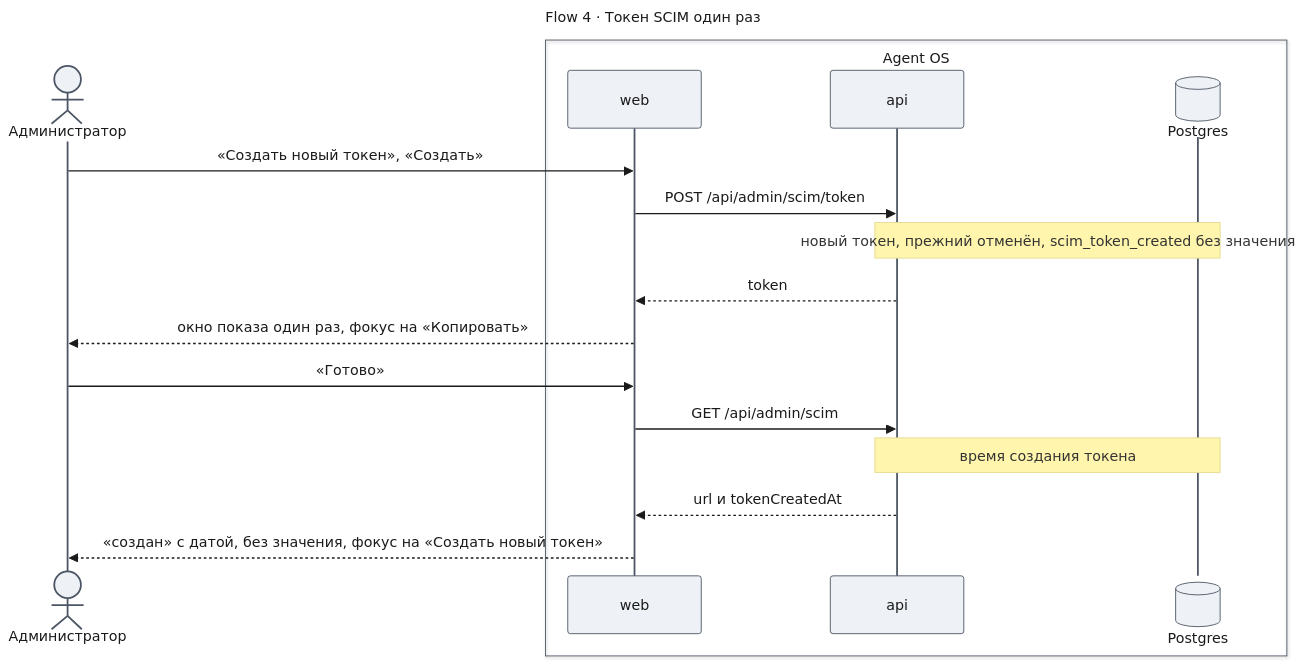
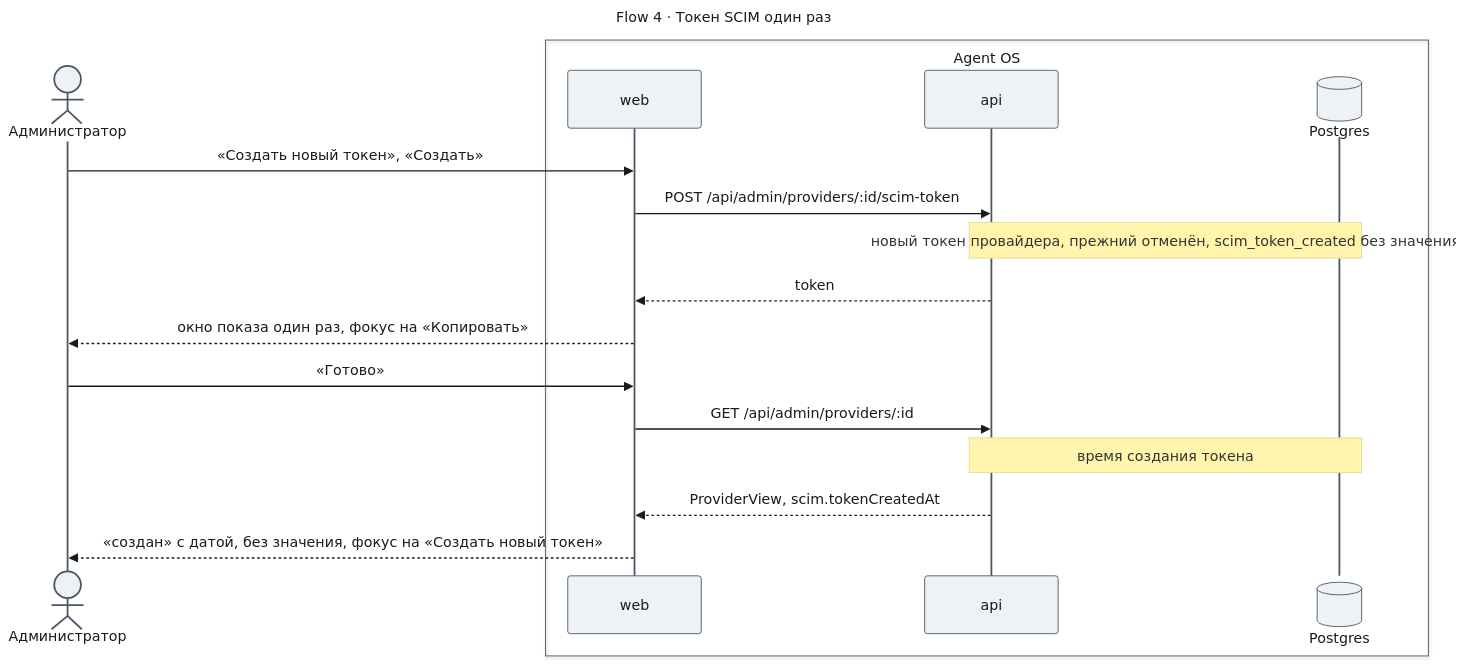
Before and after one commit to tundraray/agent-os: the sixth of 7 diagrams in docs/features/enterprise-access/design-admin.md, drawn with Mermaid. The commit also changed other lines of this file, not shown here.

Commit message:
docs(enterprise-access): align the admin design with identity 2.0 and the new UXRD

````diff
--- a/docs/features/enterprise-access/design-admin.md
+++ b/docs/features/enterprise-access/design-admin.md
@@ -467,41 +470,41 @@
 ```mermaid
 ---
 title: "Flow 4 · Токен SCIM один раз"
 config:
   theme: base
   look: classic
   themeVariables:
     primaryColor: "#eef1f5"
     primaryBorderColor: "#4b5563"
     primaryTextColor: "#1a1a1a"
     lineColor: "#6b7280"
   themeCSS: |
     @keyframes lit_df4{0%,11.25%{stroke:#991b1b;stroke-width:6px}12.5%,100%{stroke:#37474f;stroke-width:2px}}
     @keyframes litr_df4{0%,11.25%{stroke:#1d4ed8;stroke-width:6px}12.5%,100%{stroke:#37474f;stroke-width:2px}}
     .messageLine0[data-id='i0'],.messageLine1[data-id='i0']{animation:lit_df4 9.6s linear 0s infinite}
     .messageLine0[data-id='i1'],.messageLine1[data-id='i1']{animation:lit_df4 9.6s linear 1.2s infinite}
     .messageLine0[data-id='i3'],.messageLine1[data-id='i3']{animation:litr_df4 9.6s linear 2.4s infinite}
     .messageLine0[data-id='i4'],.messageLine1[data-id='i4']{animation:litr_df4 9.6s linear 3.6s infinite}
     .messageLine0[data-id='i5'],.messageLine1[data-id='i5']{animation:litr_df4 9.6s linear 4.8s infinite}
     .messageLine0[data-id='i6'],.messageLine1[data-id='i6']{animation:litr_df4 9.6s linear 6s infinite}
     .messageLine0[data-id='i8'],.messageLine1[data-id='i8']{animation:litr_df4 9.6s linear 7.2s infinite}
     .messageLine0[data-id='i9'],.messageLine1[data-id='i9']{animation:litr_df4 9.6s linear 8.4s infinite}
 ---
 sequenceDiagram
     actor G as Администратор
     box Agent OS
     participant W as web
     participant A as api
     participant DB@{ "type": "database" } as Postgres
     end
     G->>W: «Создать новый токен», «Создать»
-    W->>A: POST /api/admin/scim/token
-    Note over A,DB: новый токен, прежний отменён, scim_token_created без значения
+    W->>A: POST /api/admin/providers/:id/scim-token
+    Note over A,DB: новый токен провайдера, прежний отменён, scim_token_created без значения
     A-->>W: token
     W-->>G: окно показа один раз, фокус на «Копировать»
     G->>W: «Готово»
-    W->>A: GET /api/admin/scim
+    W->>A: GET /api/admin/providers/:id
     Note over A,DB: время создания токена
-    A-->>W: url и tokenCreatedAt
+    A-->>W: ProviderView, scim.tokenCreatedAt
     W-->>G: «создан» с датой, без значения, фокус на «Создать новый токен»
 ```
````
